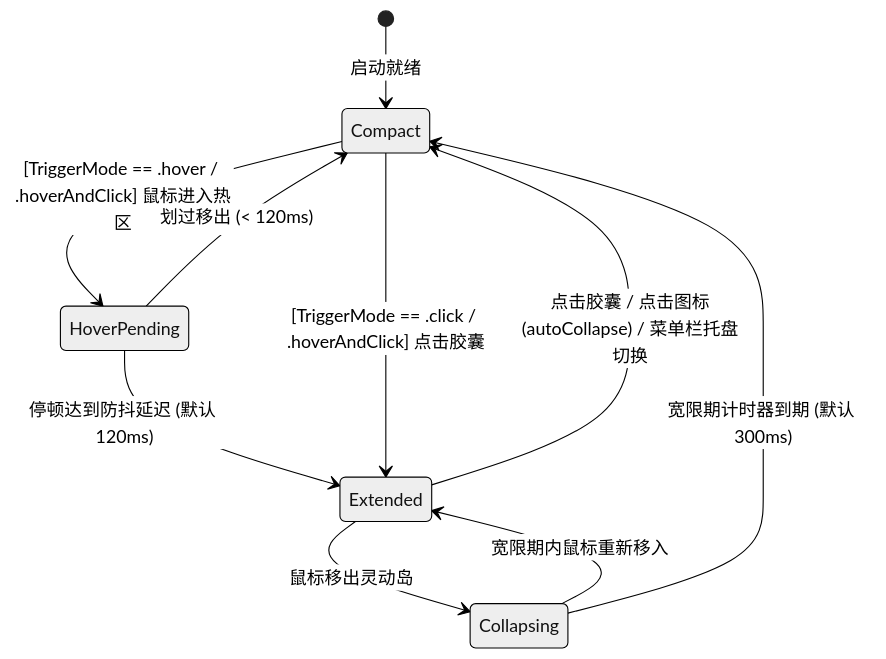
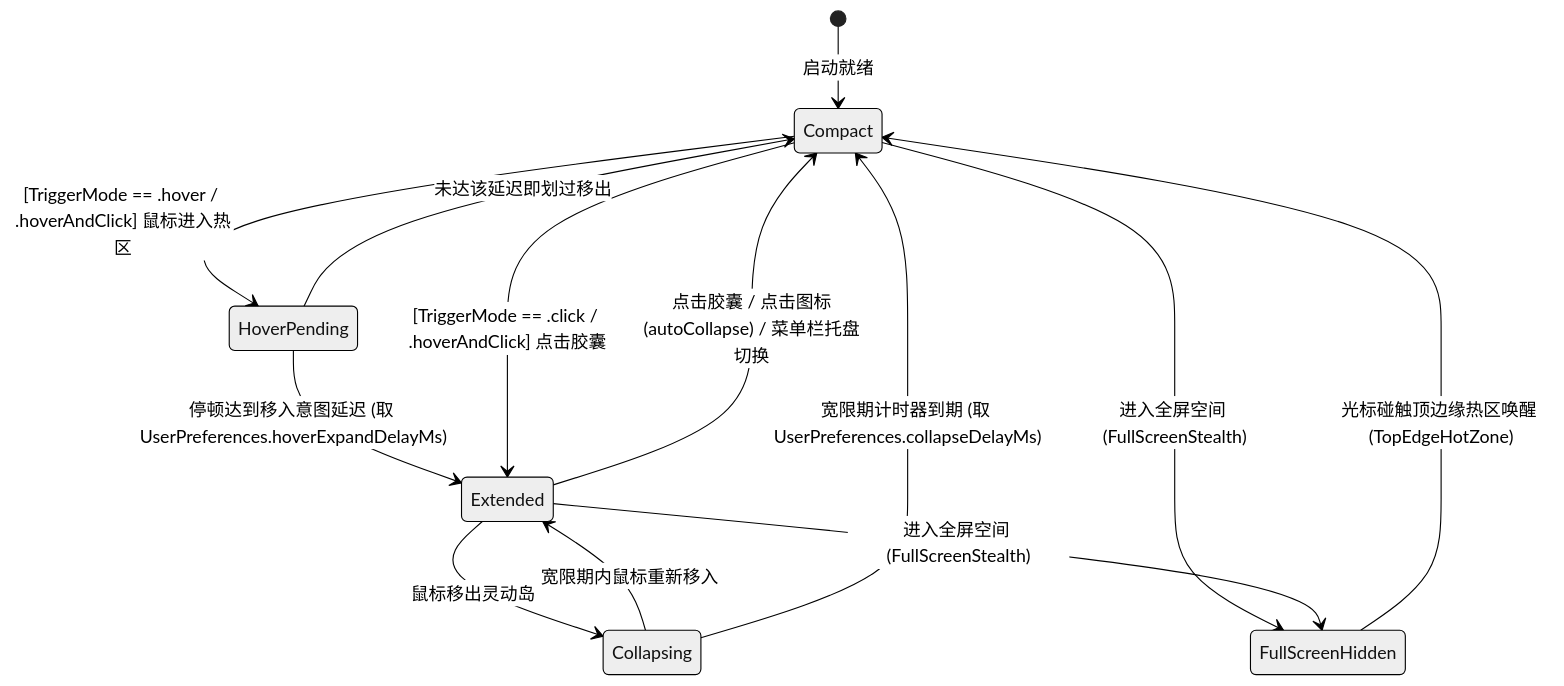
The second of 2 diagrams in docs/DOMAIN_MODEL.md (AeroSheepZ/NotchRail), drawn with Mermaid (neutral theme) before and after one commit. The commit also changed other lines of this file and 2 other files, not shown here.

````diff
--- a/docs/DOMAIN_MODEL.md
+++ b/docs/DOMAIN_MODEL.md
@@ -272,15 +299,19 @@
 ```mermaid
 stateDiagram-v2
     [*] --> Compact : 启动就绪
 
     Compact --> HoverPending : [TriggerMode == .hover / .hoverAndClick] 鼠标进入热区
-    HoverPending --> Extended : 停顿达到防抖延迟 (默认 120ms)
-    HoverPending --> Compact : 划过移出 (< 120ms)
+    HoverPending --> Extended : 停顿达到移入意图延迟 (取 UserPreferences.hoverExpandDelayMs)
+    HoverPending --> Compact : 未达该延迟即划过移出
 
     Compact --> Extended : [TriggerMode == .click / .hoverAndClick] 点击胶囊
     Extended --> Compact : 点击胶囊 / 点击图标(autoCollapse) / 菜单栏托盘切换
 
     Extended --> Collapsing : 鼠标移出灵动岛
     Collapsing --> Extended : 宽限期内鼠标重新移入
-    Collapsing --> Compact : 宽限期计时器到期 (默认 300ms)
+    Collapsing --> Compact : 宽限期计时器到期 (取 UserPreferences.collapseDelayMs)
+
+    Compact --> FullScreenHidden : 进入全屏空间 (FullScreenStealth)
+    Extended --> FullScreenHidden : 进入全屏空间 (FullScreenStealth)
+    FullScreenHidden --> Compact : 光标碰触顶边缘热区唤醒 (TopEdgeHotZone)
 ```
````
